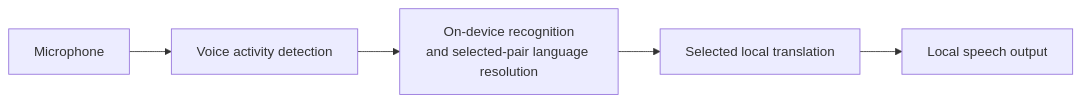
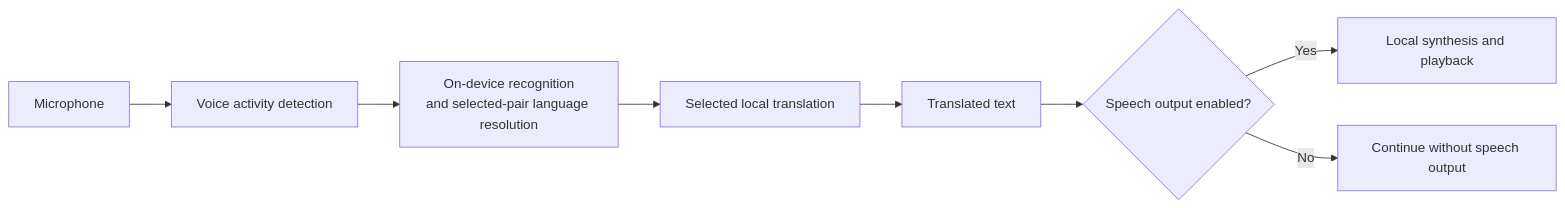
The diagram in README.md (Ngoroth/offline-translator-android), drawn with Mermaid before and after one commit. The commit also changed other lines of this file and 65 other files, not shown here.

````diff
--- a/README.md
+++ b/README.md
@@ -35,7 +36,10 @@
 ```mermaid
 flowchart LR
     A[Microphone] --> B[Voice activity detection]
     B --> C["On-device recognition<br/>and selected-pair language resolution"]
     C --> D[Selected local translation]
-    D --> E[Local speech output]
+    D --> E[Translated text]
+    E --> F{Speech output enabled?}
+    F -->|Yes| G[Local synthesis and playback]
+    F -->|No| H[Continue without speech output]
 ```
````
